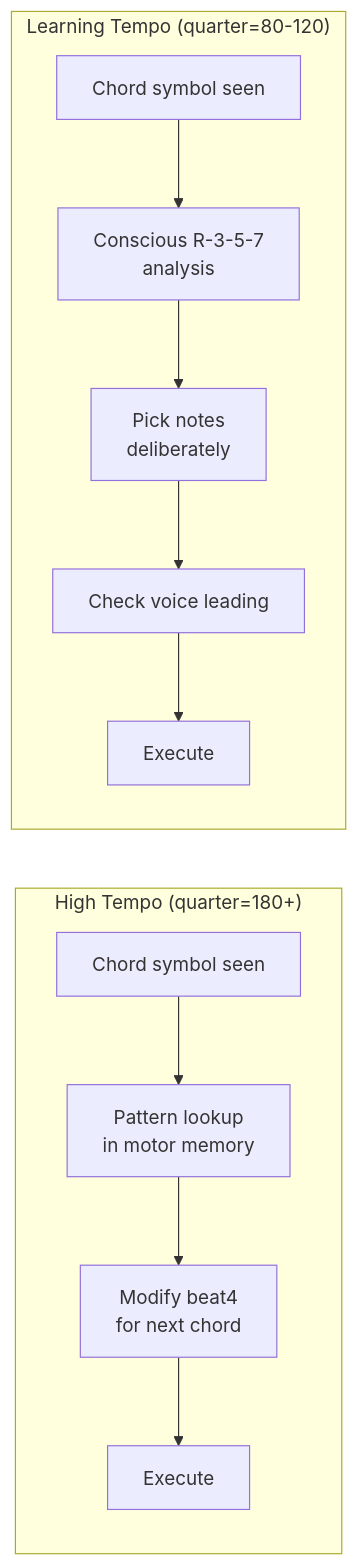
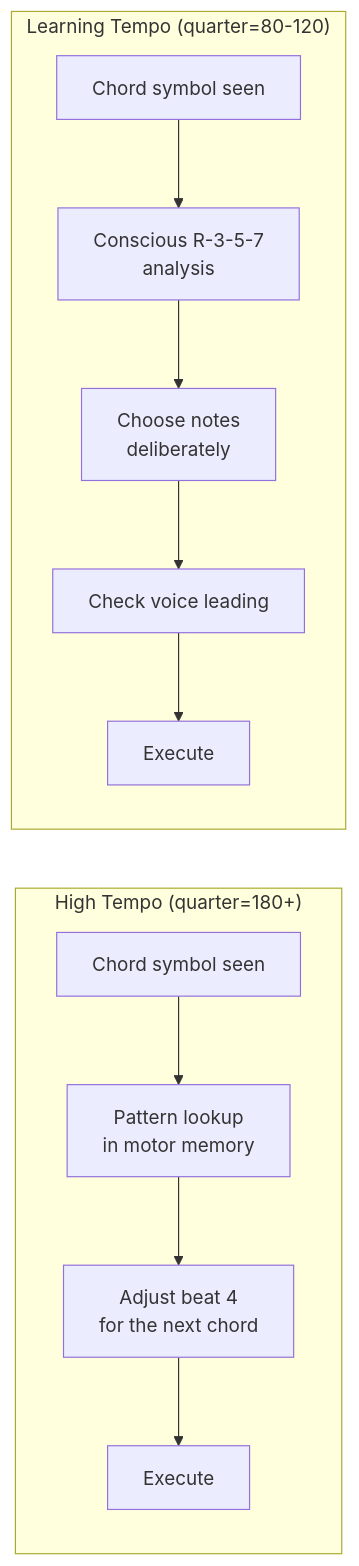
Before and after one commit to blebleblee/synapse: the third of 3 diagrams in topics/arts/music_performance/bass_guitar/lesson_03_walking_lines_and_harmonic_theory.md, drawn with Mermaid. The commit also changed other lines of this file and 1464 other files, not shown here.

Commit message:
feat(release): curriculum vector mermaid upgrade, render hardening, and master synpack

````diff
--- a/topics/arts/music_performance/bass_guitar/lesson_03_walking_lines_and_harmonic_theory.md
+++ b/topics/arts/music_performance/bass_guitar/lesson_03_walking_lines_and_harmonic_theory.md
@@ -218,14 +218,14 @@
 ```mermaid
 flowchart LR
     subgraph sub_high_tempo ["High Tempo (quarter=180+)"]
         A["Chord symbol seen"] --> B["Pattern lookup\nin motor memory"]
-        B --> C["Modify beat4\nfor next chord"]
+        B --> C["Adjust beat 4\nfor the next chord"]
         C --> D["Execute"]
     end
     subgraph sub_learn_tempo ["Learning Tempo (quarter=80-120)"]
         E["Chord symbol seen"] --> F["Conscious R-3-5-7\nanalysis"]
-        F --> G["Pick notes\ndeliberately"]
+        F --> G["Choose notes\ndeliberately"]
         G --> H["Check voice leading"]
         H --> I["Execute"]
     end
 ```
````
